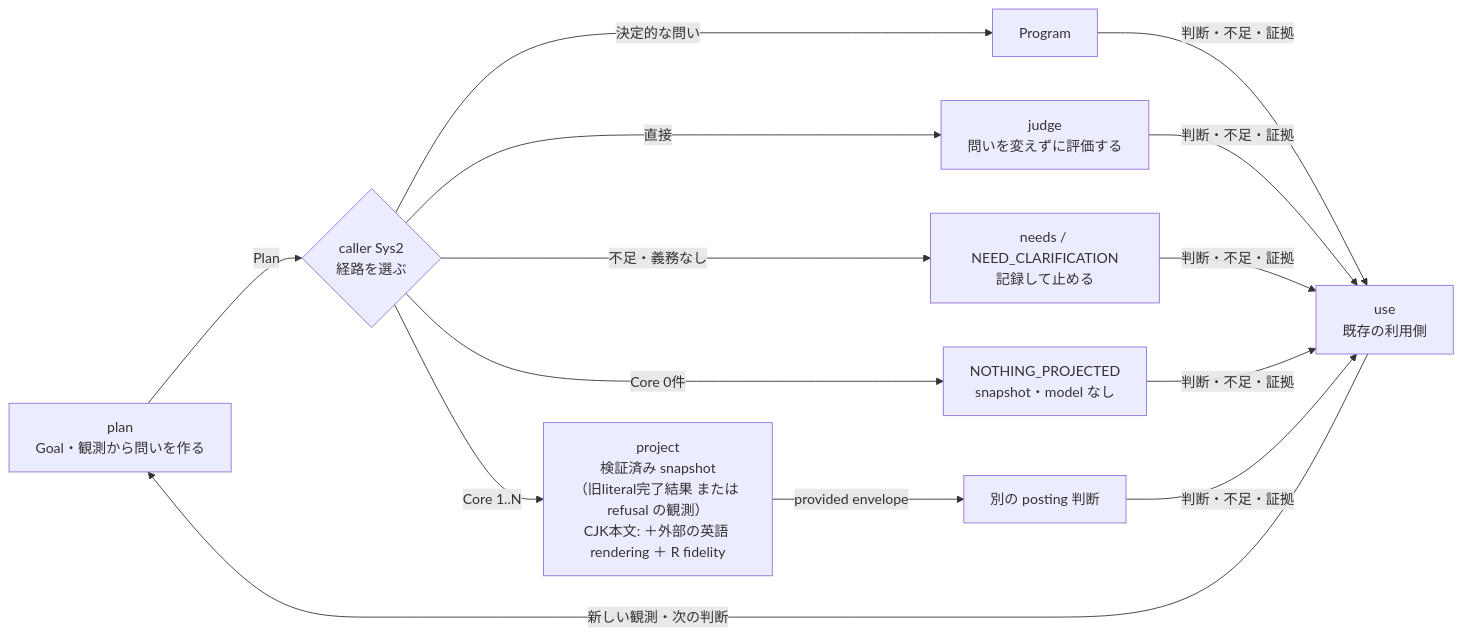
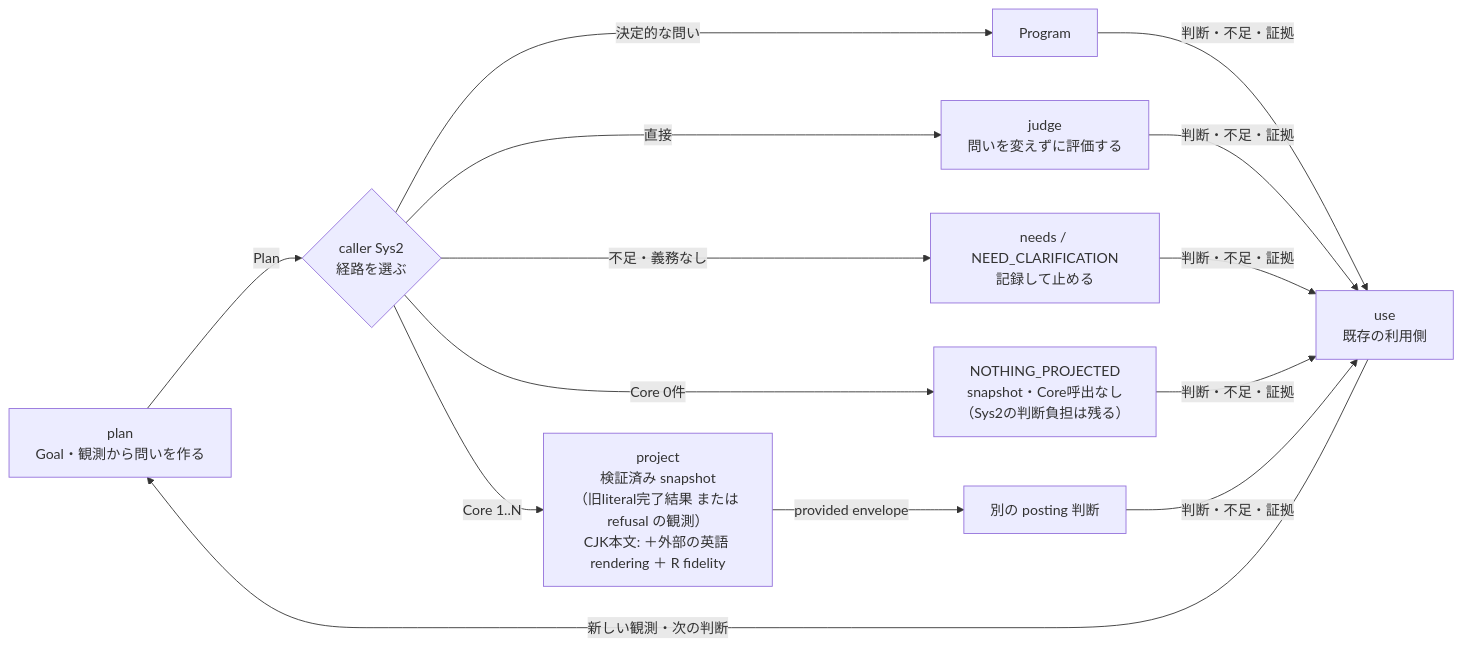
The diagram in experiments/goal-evaluation-unix/README.md (roccho-org/ops), drawn with Mermaid before and after one commit. The commit also changed other lines of this file and 1 other file, not shown here.

````diff
--- a/experiments/goal-evaluation-unix/README.md
+++ b/experiments/goal-evaluation-unix/README.md
@@ -5,12 +5,12 @@
 ```mermaid
 flowchart LR
     P["plan<br/>Goal・観測から問いを作る"] -->|"Plan"| S{"caller Sys2<br/>経路を選ぶ"}
     S -->|"決定的な問い"| G["Program"]
     S -->|"直接"| J["judge<br/>問いを変えずに評価する"]
     S -->|"不足・義務なし"| N["needs / NEED_CLARIFICATION<br/>記録して止める"]
-    S -->|"Core 0件"| Z["NOTHING_PROJECTED<br/>snapshot・model なし"]
+    S -->|"Core 0件"| Z["NOTHING_PROJECTED<br/>snapshot・Core呼出なし<br/>（Sys2の判断負担は残る）"]
     S -->|"Core 1..N"| X["project<br/>検証済み snapshot<br/>（旧literal完了結果 または refusal の観測）<br/>CJK本文: ＋外部の英語 rendering ＋ R fidelity"]
     X -->|"provided envelope"| D["別の posting 判断"]
     G & J & N & Z & D -->|"判断・不足・証拠"| U["use<br/>既存の利用側"]
     U -->|"新しい観測・次の判断"| P
 ```
````
